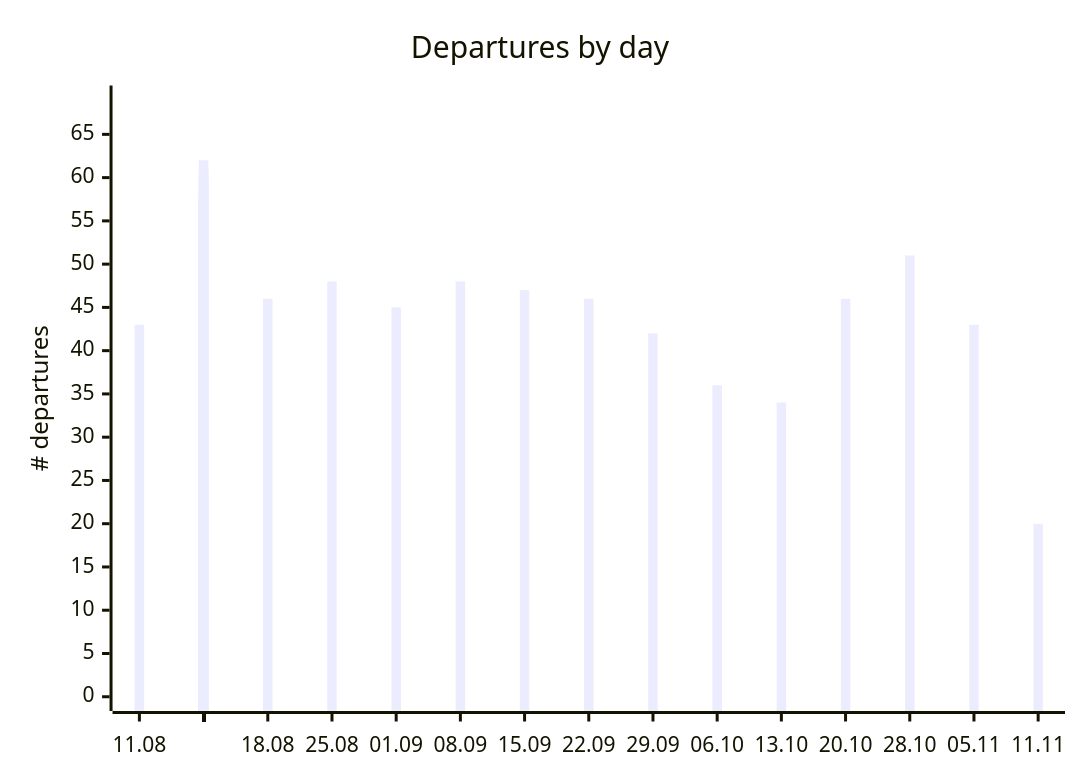
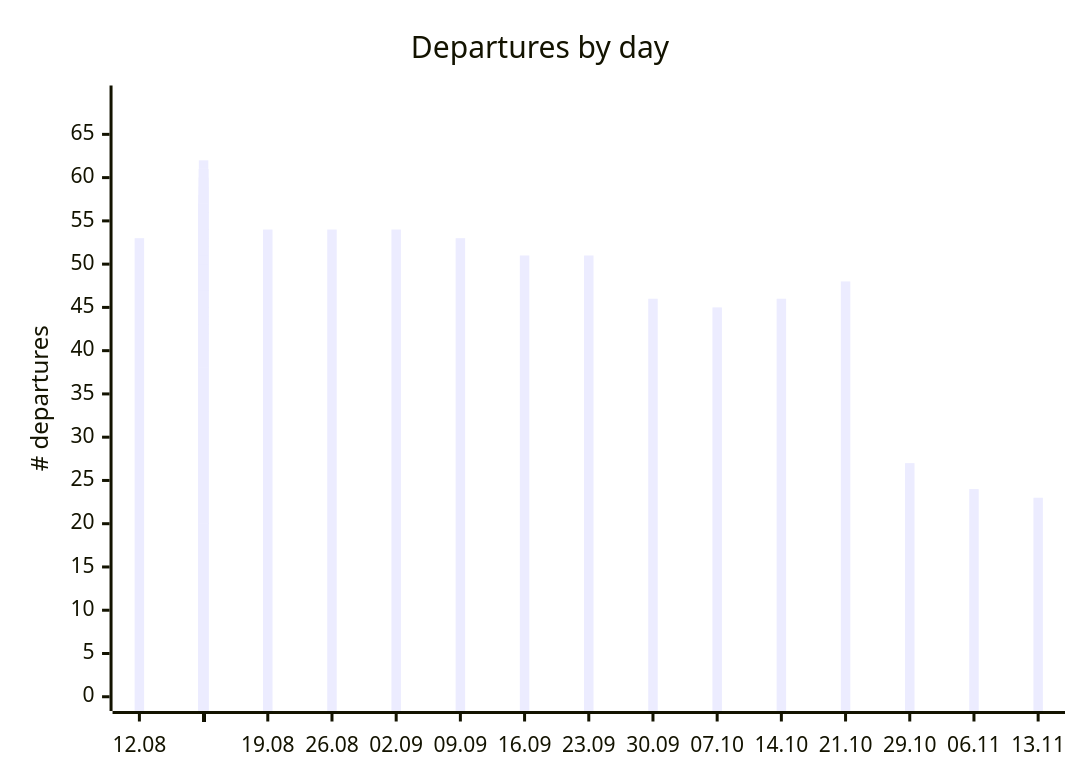
One commit to rainermesi/tll-airport-departures changed the first of 2 diagrams in README.md. Above: the diagram before and after it, drawn with Mermaid. The commit also changed other lines of this file and 3 other files, not shown here.

````diff
--- a/README.md
+++ b/README.md
@@ -65,12 +65,12 @@
 ```mermaid
 ---
 xyChart:
     xAxis:
       labelFontSize: 8
 ---
 xychart-beta
     title "Departures by day"
-    x-axis ["11.08", " ", " ", " ", " ", " ", " ", "18.08", " ", " ", " ", " ", " ", " ", "25.08", " ", " ", " ", " ", " ", " ", "01.09", " ", " ", " ", " ", " ", " ", "08.09", " ", " ", " ", " ", " ", " ", "15.09", " ", " ", " ", " ", " ", " ", "22.09", " ", " ", " ", " ", " ", " ", "29.09", " ", " ", " ", " ", " ", " ", "06.10", " ", " ", " ", " ", " ", " ", "13.10", " ", " ", " ", " ", " ", " ", "20.10", " ", " ", " ", " ", " ", " ", "28.10", " ", " ", " ", " ", " ", " ", "05.11", " ", " ", " ", " ", "11.11"]
+    x-axis ["12.08", " ", " ", " ", " ", " ", " ", "19.08", " ", " ", " ", " ", " ", " ", "26.08", " ", " ", " ", " ", " ", " ", "02.09", " ", " ", " ", " ", " ", " ", "09.09", " ", " ", " ", " ", " ", " ", "16.09", " ", " ", " ", " ", " ", " ", "23.09", " ", " ", " ", " ", " ", " ", "30.09", " ", " ", " ", " ", " ", " ", "07.10", " ", " ", " ", " ", " ", " ", "14.10", " ", " ", " ", " ", " ", " ", "21.10", " ", " ", " ", " ", " ", " ", "29.10", " ", " ", " ", " ", " ", " ", "06.11", " ", " ", " ", " ", "13.11"]
     y-axis "# departures" 0 --> 69
-    bar [43, 53, 54, 61, 48, 57, 60, 46, 54, 55, 60, 43, 58, 58, 48, 54, 33, 32, 34, 52, 54, 45, 54, 49, 62, 42, 56, 57, 48, 53, 52, 61, 44, 54, 56, 47, 51, 52, 59, 43, 52, 55, 46, 51, 53, 57, 40, 48, 54, 42, 46, 52, 54, 40, 48, 50, 36, 45, 46, 53, 35, 49, 50, 34, 46, 52, 58, 44, 55, 56, 46, 48, 52, 57, 46, 50, 46, 51, 27, 49, 49, 50, 44, 20, 43, 24, 45, 47, 38, 20]
+    bar [53, 54, 61, 48, 57, 60, 46, 54, 55, 60, 43, 58, 58, 48, 54, 33, 32, 34, 52, 54, 45, 54, 49, 62, 42, 56, 57, 48, 53, 52, 61, 44, 54, 56, 47, 51, 52, 59, 43, 52, 55, 46, 51, 53, 57, 40, 48, 54, 42, 46, 52, 54, 40, 48, 50, 36, 45, 46, 53, 35, 49, 50, 34, 46, 52, 58, 44, 55, 56, 46, 48, 52, 57, 46, 50, 46, 51, 27, 49, 49, 50, 44, 20, 43, 24, 45, 47, 38, 20, 23]
 ```
````
